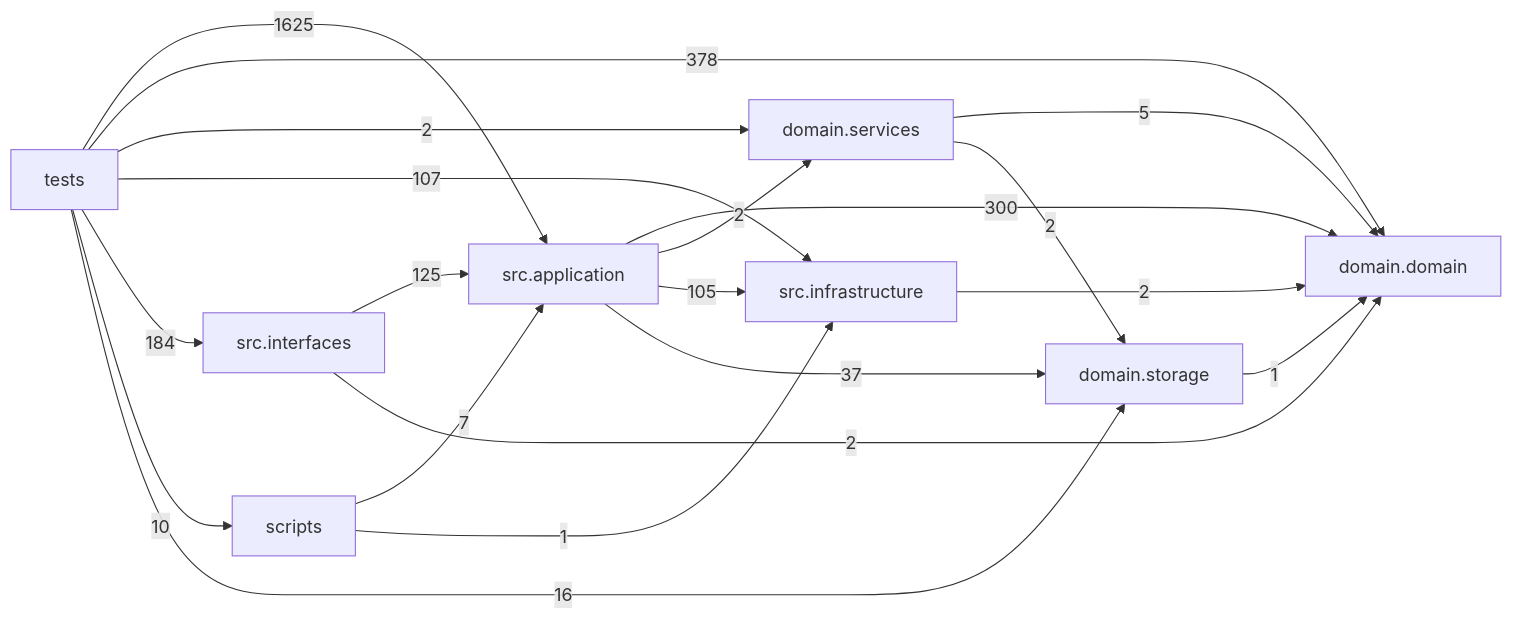
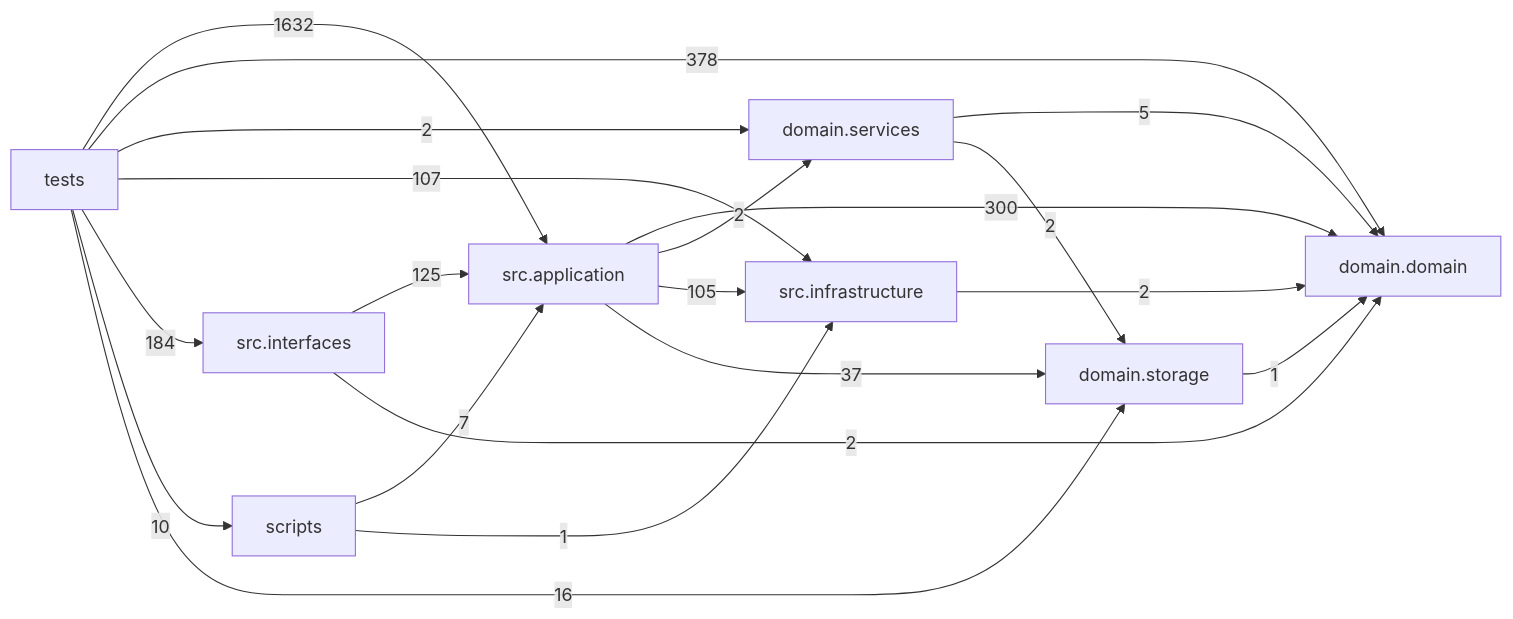
The diagram in docs/DEPENDENCY_GRAPH.md (liuxie066/options-monitor), drawn with Mermaid before and after one commit. The commit also changed other lines of this file and 14 other files, not shown here.

````diff
--- a/docs/DEPENDENCY_GRAPH.md
+++ b/docs/DEPENDENCY_GRAPH.md
@@ -24,30 +24,30 @@
 ```mermaid
 flowchart LR
   tests["tests"]
   scripts["scripts"]
   interfaces["src.interfaces"]
   application["src.application"]
   infrastructure["src.infrastructure"]
   domain_services["domain.services"]
   domain["domain.domain"]
   storage["domain.storage"]
   application -->|300| domain
   application -->|2| domain_services
   application -->|105| infrastructure
   application -->|37| storage
   domain_services -->|5| domain
   domain_services -->|2| storage
   infrastructure -->|2| domain
   interfaces -->|125| application
   interfaces -->|2| domain
   scripts -->|7| application
   scripts -->|1| infrastructure
   storage -->|1| domain
-  tests -->|1625| application
+  tests -->|1632| application
   tests -->|378| domain
   tests -->|2| domain_services
   tests -->|107| infrastructure
   tests -->|184| interfaces
   tests -->|10| scripts
   tests -->|16| storage
 ```
````
